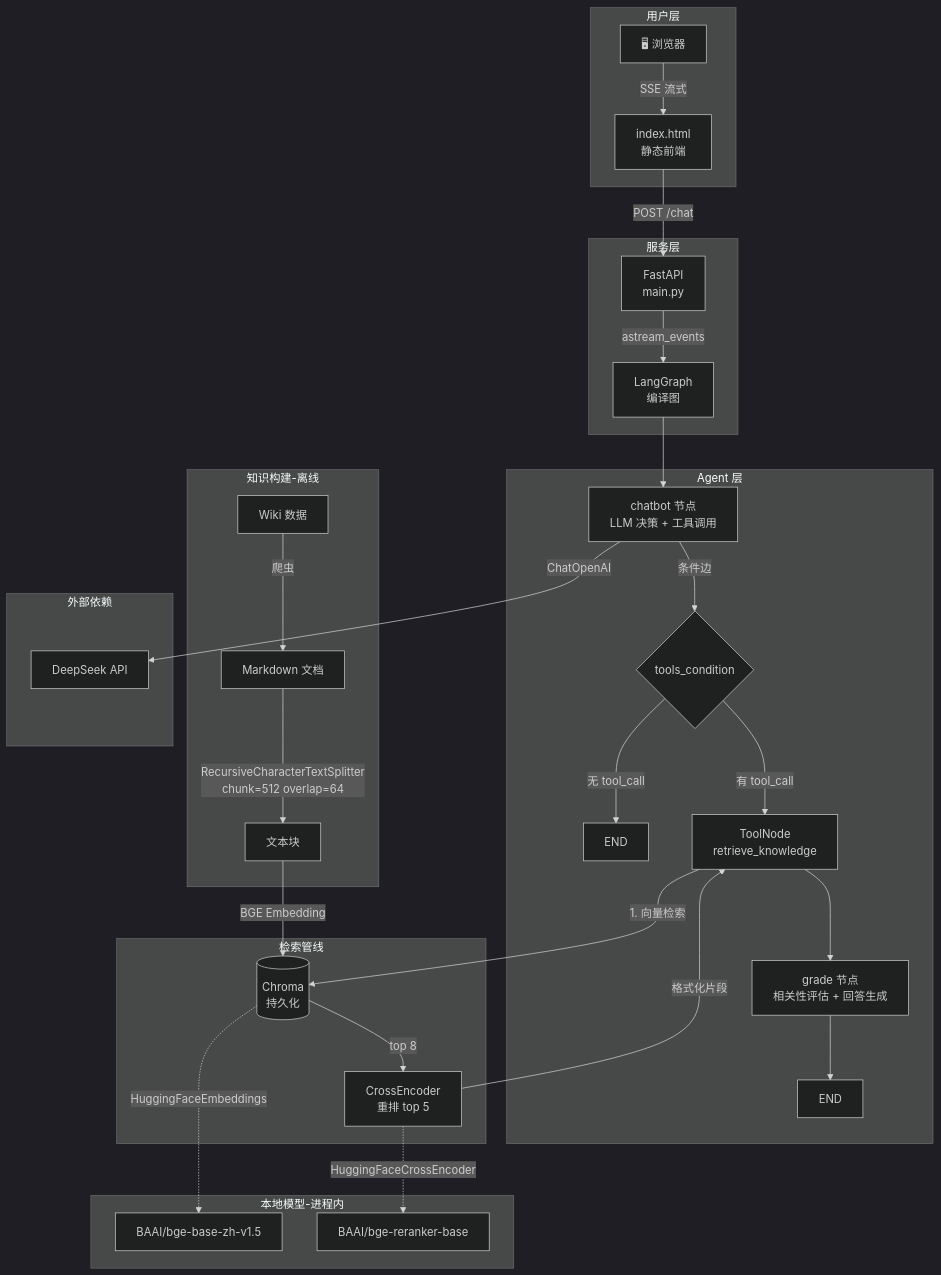
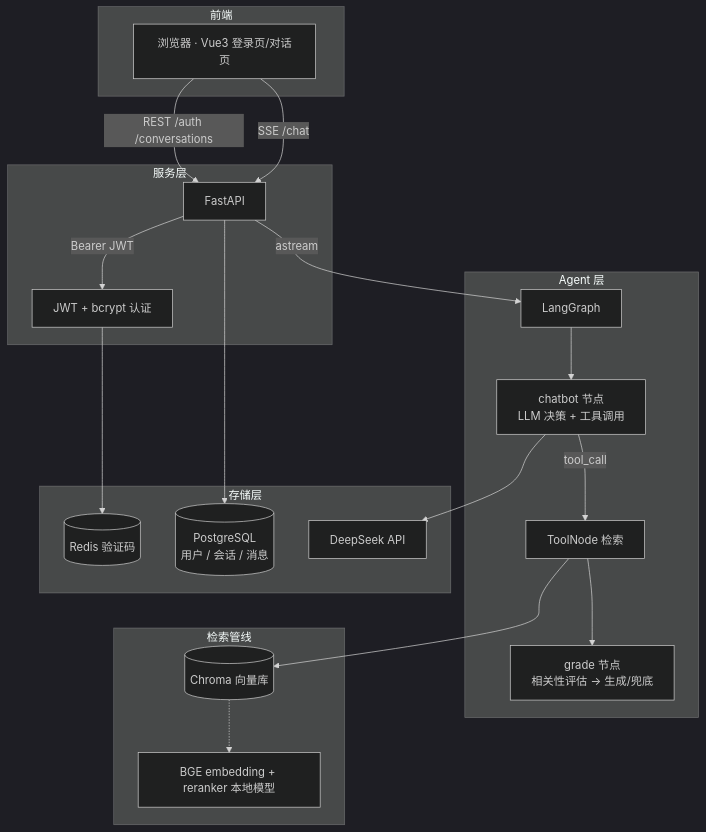
One commit to Heliostao/pamu-assist changed the diagram in README.md. Above: the diagram before and after it, drawn with Mermaid (dark theme). The commit also changed other lines of this file and 50 other files, not shown here.

````diff
--- a/README.md
+++ b/README.md
@@ -10,41 +32,30 @@
 ```mermaid
 graph TB
-    subgraph 用户层
-        U[🖥 浏览器] -->|SSE 流式| FE[index.html<br/>静态前端]
+    subgraph 前端
+        U[浏览器 · Vue3 登录页/对话页]
     end
 
     subgraph 服务层
-        FE -->|POST /chat| API[FastAPI<br/>main.py]
-        API -->|astream_events| LG[LangGraph<br/>编译图]
+        U -->|REST /auth /conversations| API[FastAPI]
+        U -->|SSE /chat| API
+        API -->|Bearer JWT| AUTH[JWT + bcrypt 认证]
     end
 
     subgraph Agent 层
-        LG --> CB[chatbot 节点<br/>LLM 决策 + 工具调用]
-        CB -->|条件边| TC{tools_condition}
-        TC -->|无 tool_call| END1[END]
-        TC -->|有 tool_call| TN[ToolNode<br/>retrieve_knowledge]
-        TN --> GD[grade 节点<br/>相关性评估 + 回答生成]
-        GD --> END2[END]
+        API -->|astream| LG[LangGraph]
+        LG --> CH[chatbot 节点<br/>LLM 决策 + 工具调用]
+        CH -->|tool_call| TN[ToolNode 检索]
+        TN --> GD[grade 节点<br/>相关性评估 → 生成/兜底]
     end
 
     subgraph 检索管线
-        TN -->|1. 向量检索| VS[(Chroma<br/>持久化)]
-        VS -->|top 8| RR[CrossEncoder<br/>重排 top 5]
-        RR -->|格式化片段| TN
+        TN --> VS[(Chroma 向量库)]
+        VS -.-> BGE[BGE embedding + reranker 本地模型]
     end
 
-    subgraph 本地模型-进程内
-        VS -.->|HuggingFaceEmbeddings| BGE[BAAI/bge-base-zh-v1.5]
-        RR -.->|HuggingFaceCrossEncoder| RERANK[BAAI/bge-reranker-base]
-    end
-
-    subgraph 知识构建-离线
-        WIKI[Wiki 数据] -->|爬虫| MD[Markdown 文档]
-        MD -->|RecursiveCharacterTextSplitter<br/>chunk=512 overlap=64| CHK[文本块]
-        CHK -->|BGE Embedding| VS
-    end
-
-    subgraph 外部依赖
-        CB -->|ChatOpenAI| DS[DeepSeek API]
+    subgraph 存储层
+        AUTH --> RD[(Redis 验证码)]
+        API --> PG[(PostgreSQL<br/>用户 / 会话 / 消息)]
+        CH --> DS[DeepSeek API]
     end
 ```
````
